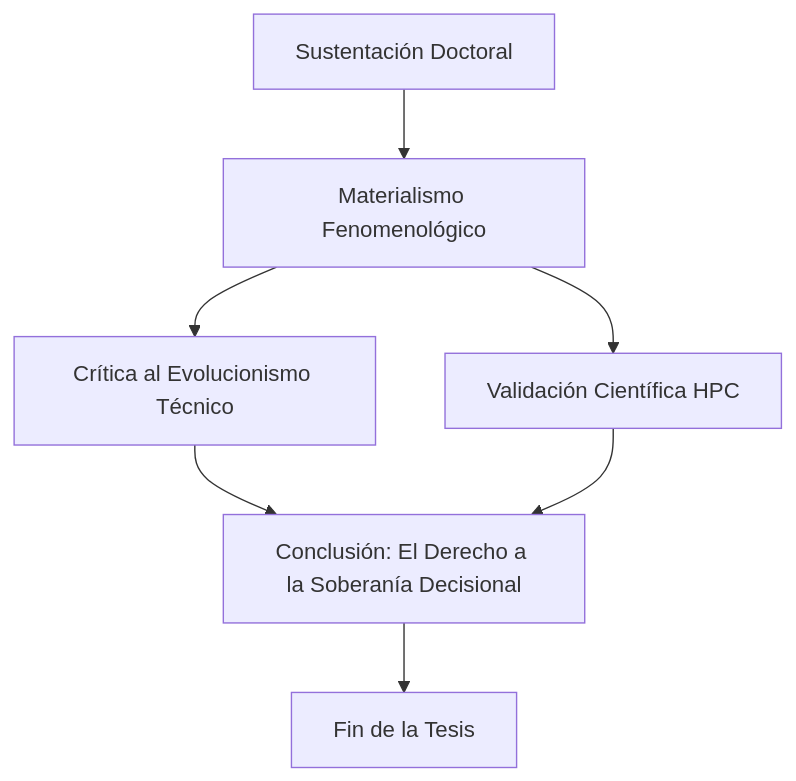
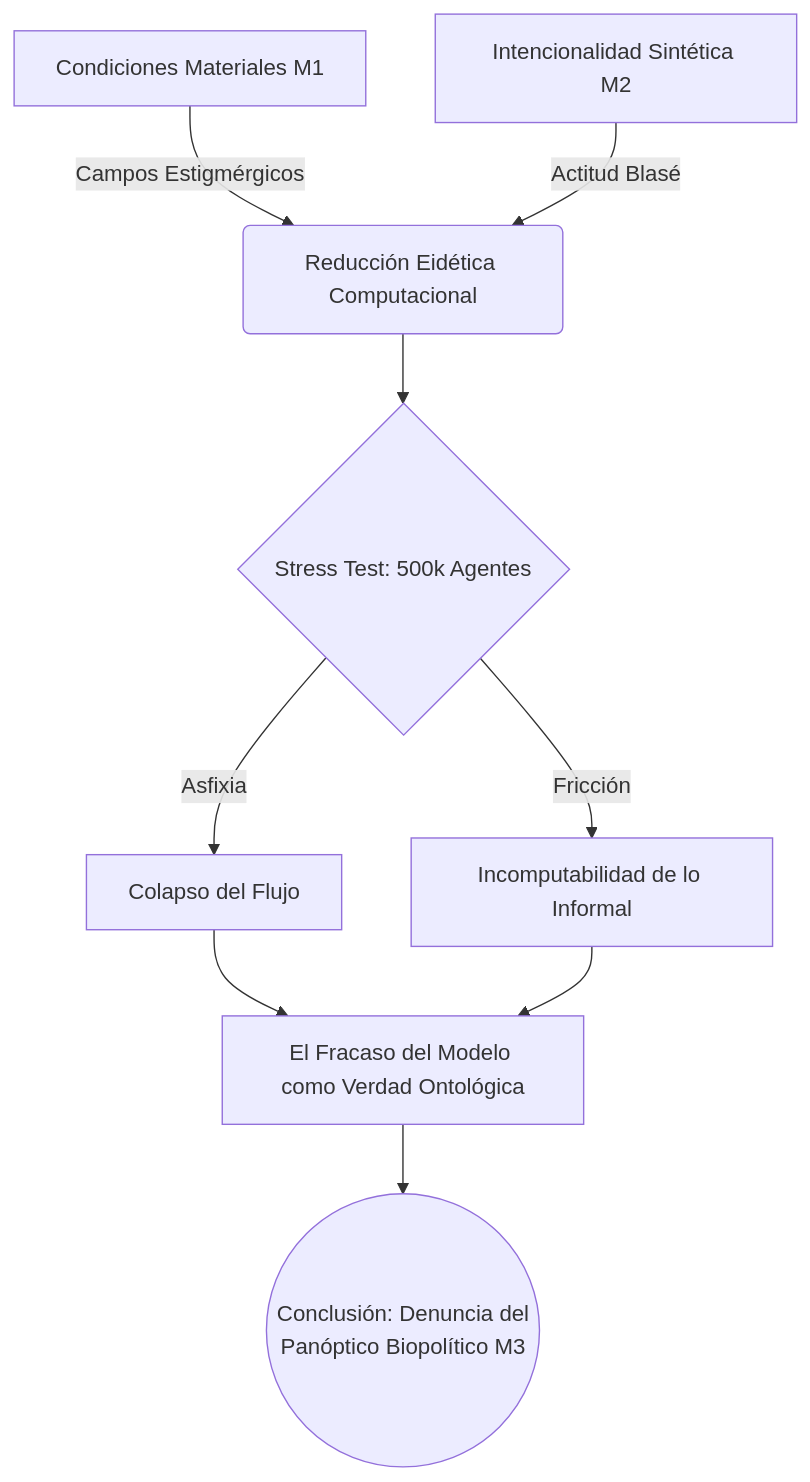
One commit to stevenvo780/FenomenologiaUrbana changed the diagram in trabajo-final-fenomenologia-urbana/tesis/04-conclusiones-y-referencias-bibliograficas.md. Above: the diagram before and after it, drawn with Mermaid. The commit also changed other lines of this file and 3 other files, not shown here.

````diff
--- a/trabajo-final-fenomenologia-urbana/tesis/04-conclusiones-y-referencias-bibliograficas.md
+++ b/trabajo-final-fenomenologia-urbana/tesis/04-conclusiones-y-referencias-bibliograficas.md
@@ -24,8 +23,10 @@
 ```mermaid
 graph TD
-    A[Sustentación Doctoral] --> B[Materialismo Fenomenológico]
-    B --> C[Crítica al Evolucionismo Técnico]
-    B --> D[Validación Científica HPC]
-    C & D --> E[Conclusión: El Derecho a la Soberanía Decisional]
-    E --> F[Fin de la Tesis]
+    A[Condiciones Materiales M1] -->|Campos Estigmérgicos| B(Reducción Eidética Computacional)
+    C[Intencionalidad Sintética M2] -->|Actitud Blasé| B
+    B --> D{Stress Test: 500k Agentes}
+    D -->|Asfixia| E[Colapso del Flujo]
+    D -->|Fricción| F[Incomputabilidad de lo Informal]
+    E & F --> G[El Fracaso del Modelo como Verdad Ontológica]
+    G --> H((Conclusión: Denuncia del<br>Panóptico Biopolítico M3))
 ```
````
